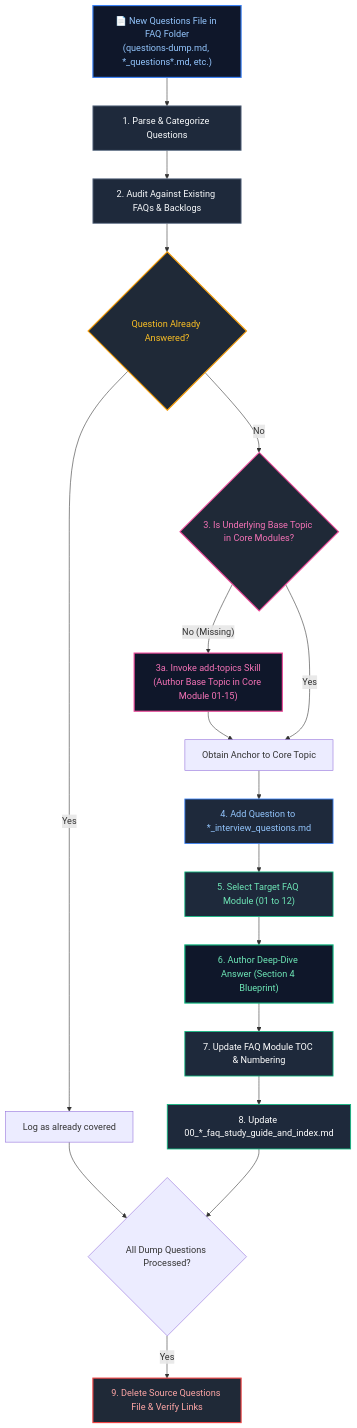
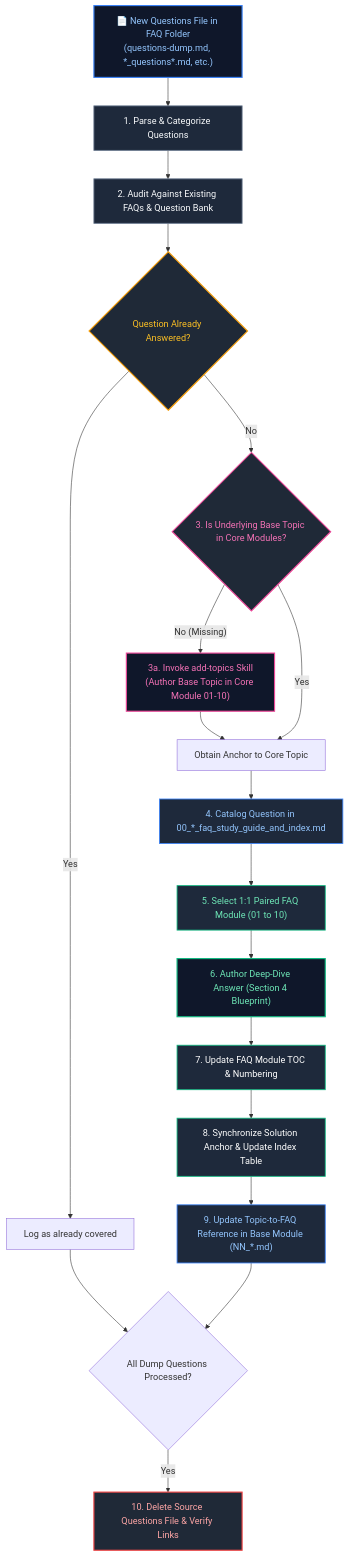
Before and after one commit to joydeep-biswas/Interview-Preparation: the diagram in .agents/skills/add-questions/SKILL.md, drawn with Mermaid. The commit also changed other lines of this file and 178 other files, not shown here.

````diff
--- a/.agents/skills/add-questions/SKILL.md
+++ b/.agents/skills/add-questions/SKILL.md
@@ -23,34 +23,36 @@
 ```mermaid
 flowchart TD
     Trigger["📄 New Questions File in FAQ Folder<br/>(questions-dump.md, *_questions*.md, etc.)"] --> Parse["1. Parse & Categorize Questions"]
-    Parse --> Dedupe["2. Audit Against Existing FAQs & Backlogs"]
+    Parse --> Dedupe["2. Audit Against Existing FAQs & Question Bank"]
     Dedupe --> CheckCovered{"Question Already Answered?"}
     CheckCovered -- "Yes" --> SkipQ["Log as already covered"]
     CheckCovered -- "No" --> CheckBase{"3. Is Underlying Base Topic in Core Modules?"}
 
-    CheckBase -- "No (Missing)" --> TriggerTopic["3a. Invoke add-topics Skill<br/>(Author Base Topic in Core Module 01-15)"]
+    CheckBase -- "No (Missing)" --> TriggerTopic["3a. Invoke add-topics Skill<br/>(Author Base Topic in Core Module 01-10)"]
     TriggerTopic --> LinkAnchor["Obtain Anchor to Core Topic"]
     CheckBase -- "Yes" --> LinkAnchor
 
-    LinkAnchor --> UpdateRaw["4. Add Question to *_interview_questions.md"]
-    UpdateRaw --> SelectFAQ["5. Select Target FAQ Module (01 to 12)"]
+    LinkAnchor --> CatalogQuestion["4. Catalog Question in 00_*_faq_study_guide_and_index.md"]
+    CatalogQuestion --> SelectFAQ["5. Select 1:1 Paired FAQ Module (01 to 10)"]
     SelectFAQ --> AuthorAnswer["6. Author Deep-Dive Answer (Section 4 Blueprint)"]
     AuthorAnswer --> UpdateFAQTOC["7. Update FAQ Module TOC & Numbering"]
-    UpdateFAQTOC --> UpdateFAQIndex["8. Update 00_*_faq_study_guide_and_index.md"]
+    UpdateFAQTOC --> SyncAnchor["8. Synchronize Solution Anchor & Update Index Table"]
+    SyncAnchor --> UpdateBaseTopicLink["9. Update Topic-to-FAQ Reference in Base Module (NN_*.md)"]
     SkipQ --> CompleteCheck{"All Dump Questions Processed?"}
-    UpdateFAQIndex --> CompleteCheck
-    CompleteCheck -- "Yes" --> DeleteDump["9. Delete Source Questions File & Verify Links"]
+    UpdateBaseTopicLink --> CompleteCheck
+    CompleteCheck -- "Yes" --> DeleteDump["10. Delete Source Questions File & Verify Links"]
 
     style Trigger fill:#0f172a,stroke:#3b82f6,stroke-width:2px,color:#93c5fd
     style Parse fill:#1e293b,stroke:#64748b,stroke-width:1.5px,color:#f8fafc
     style Dedupe fill:#1e293b,stroke:#64748b,stroke-width:1.5px,color:#f8fafc
     style CheckCovered fill:#1f2937,stroke:#f59e0b,stroke-width:2px,color:#fbbf24
     style CheckBase fill:#1f2937,stroke:#ec4899,stroke-width:2px,color:#f472b6
     style TriggerTopic fill:#0f172a,stroke:#ec4899,stroke-width:2px,color:#f472b6
-    style UpdateRaw fill:#1e293b,stroke:#3b82f6,stroke-width:1.5px,color:#93c5fd
+    style CatalogQuestion fill:#1e293b,stroke:#3b82f6,stroke-width:1.5px,color:#93c5fd
     style SelectFAQ fill:#1e293b,stroke:#10b981,stroke-width:1.5px,color:#6ee7b7
     style AuthorAnswer fill:#0f172a,stroke:#10b981,stroke-width:2px,color:#6ee7b7
     style UpdateFAQTOC fill:#1e293b,stroke:#10b981,stroke-width:1.5px,color:#ffffff
-    style UpdateFAQIndex fill:#1e293b,stroke:#10b981,stroke-width:1.5px,color:#ffffff
+    style SyncAnchor fill:#1e293b,stroke:#10b981,stroke-width:1.5px,color:#ffffff
+    style UpdateBaseTopicLink fill:#1e293b,stroke:#3b82f6,stroke-width:1.5px,color:#93c5fd
     style DeleteDump fill:#1f2937,stroke:#ef4444,stroke-width:2px,color:#fca5a5
 ```
````
